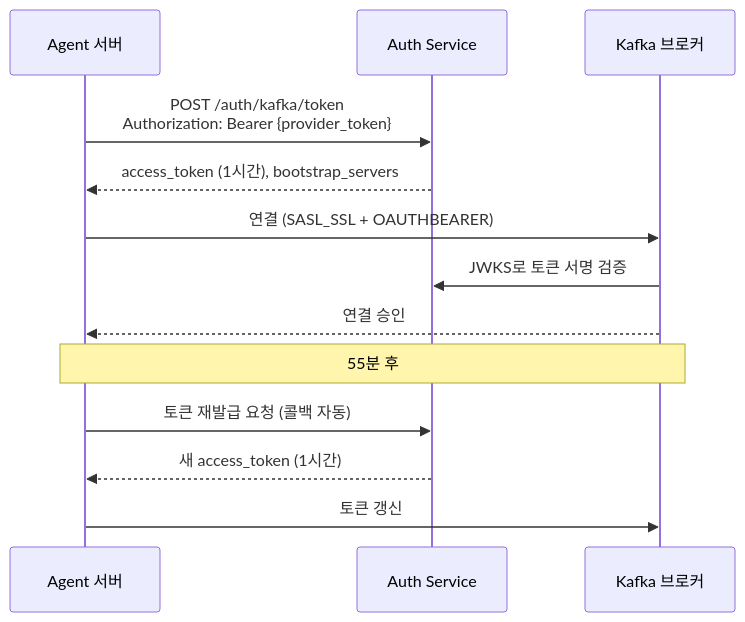
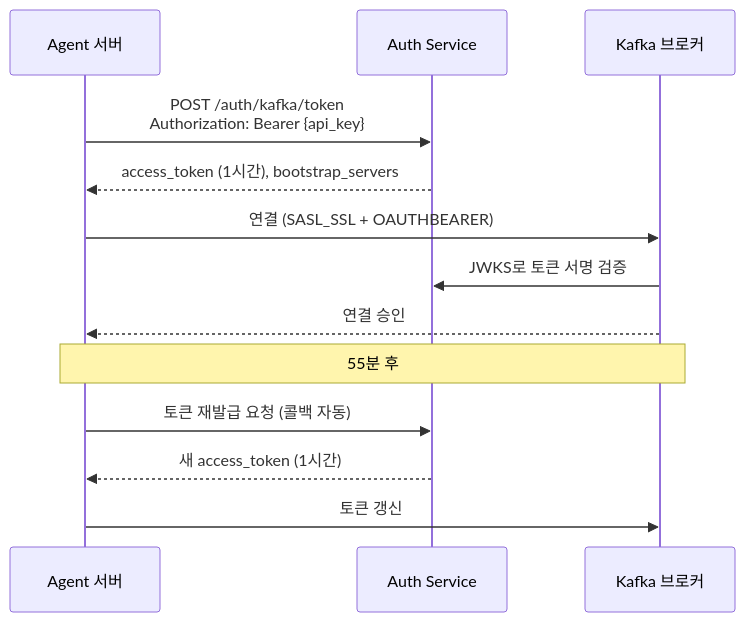
The first of 5 diagrams in docs/spec/shared/messaging.md (genie49/bara-world), drawn with Mermaid before and after one commit. The commit also changed other lines of this file and 12 other files, not shown here.

First line of the commit message:
docs: User Refresh Token + Provider API Key 설계 및 문서 업데이트

````diff
--- a/docs/spec/shared/messaging.md
+++ b/docs/spec/shared/messaging.md
@@ -109,19 +109,19 @@
 ```mermaid
 sequenceDiagram
     participant A as Agent 서버
     participant Auth as Auth Service
     participant K as Kafka 브로커
 
-    A->>Auth: POST /auth/kafka/token<br/>Authorization: Bearer {provider_token}
+    A->>Auth: POST /auth/kafka/token<br/>Authorization: Bearer {api_key}
     Auth-->>A: access_token (1시간), bootstrap_servers
 
     A->>K: 연결 (SASL_SSL + OAUTHBEARER)
     K->>Auth: JWKS로 토큰 서명 검증
     K-->>A: 연결 승인
 
     Note over A,K: 55분 후
 
     A->>Auth: 토큰 재발급 요청 (콜백 자동)
     Auth-->>A: 새 access_token (1시간)
     A->>K: 토큰 갱신
 ```
````
